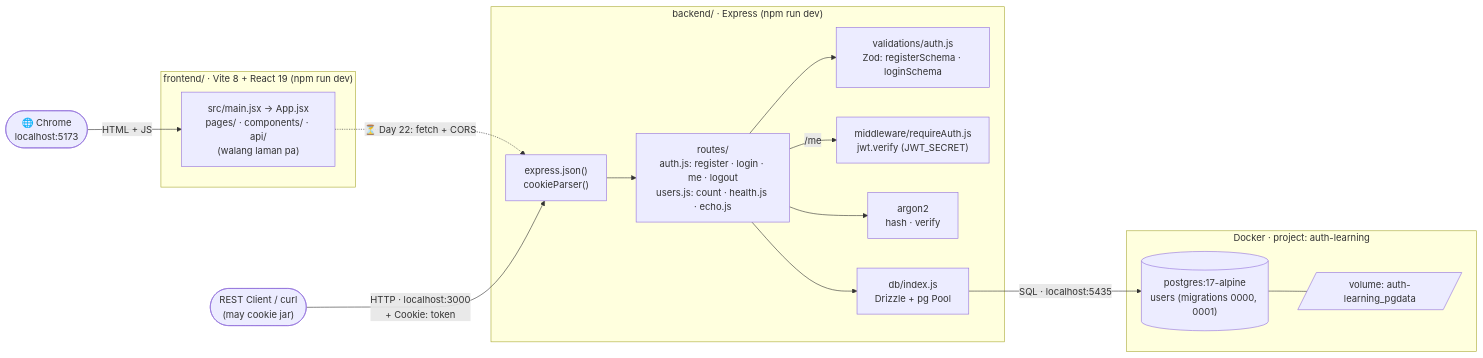
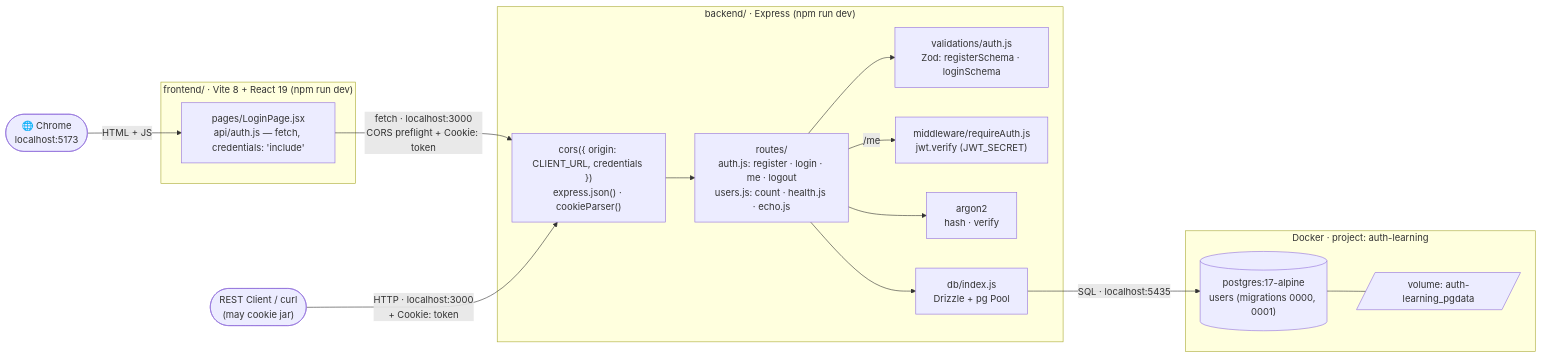
Before and after one commit to nelson1869-ai/auth-learning: the first of 3 diagrams in docs/diagrams/00-architecture.md, drawn with Mermaid. The commit also changed other lines of this file and 5 other files, not shown here.

First line of the commit message:
docs: CORS preflight in 05-login.http, fetch + CORS sequence, day 22 notes

````diff
--- a/docs/diagrams/00-architecture.md
+++ b/docs/diagrams/00-architecture.md
@@ -12,28 +12,28 @@
 ```mermaid
 flowchart LR
     Browser(["🌐 Chrome<br/>localhost:5173"]) -->|"HTML + JS"| FE
     subgraph FEG["frontend/ · Vite 8 + React 19 (npm run dev)"]
-        FE["src/main.jsx → App.jsx<br/>pages/ · components/ · api/<br/>(walang laman pa)"]
+        FE["pages/LoginPage.jsx<br/>api/auth.js — fetch, credentials: 'include'"]
     end
-    FE -. "⏳ Day 22: fetch + CORS" .-> MW
+    FE -->|"fetch · localhost:3000<br/>CORS preflight + Cookie: token"| MW
     Client(["REST Client / curl<br/>(may cookie jar)"]) -->|"HTTP · localhost:3000<br/>+ Cookie: token"| MW
     subgraph BE["backend/ · Express (npm run dev)"]
-        MW["express.json()<br/>cookieParser()"]
+        MW["cors({ origin: CLIENT_URL, credentials })<br/>express.json() · cookieParser()"]
         Routes["routes/<br/>auth.js: register · login · me · logout<br/>users.js: count · health.js · echo.js"]
         Val["validations/auth.js<br/>Zod: registerSchema · loginSchema"]
         Auth["middleware/requireAuth.js<br/>jwt.verify (JWT_SECRET)"]
         Hash["argon2<br/>hash · verify"]
         DB["db/index.js<br/>Drizzle + pg Pool"]
         MW --> Routes
         Routes --> Val
         Routes -->|"/me"| Auth
         Routes --> Hash
         Routes --> DB
     end
     DB -->|"SQL · localhost:5435"| PG
     subgraph Docker["Docker · project: auth-learning"]
         PG[("postgres:17-alpine<br/>users (migrations 0000, 0001)")]
         Vol[/"volume: auth-learning_pgdata"/]
         PG --- Vol
     end
 ```
````
